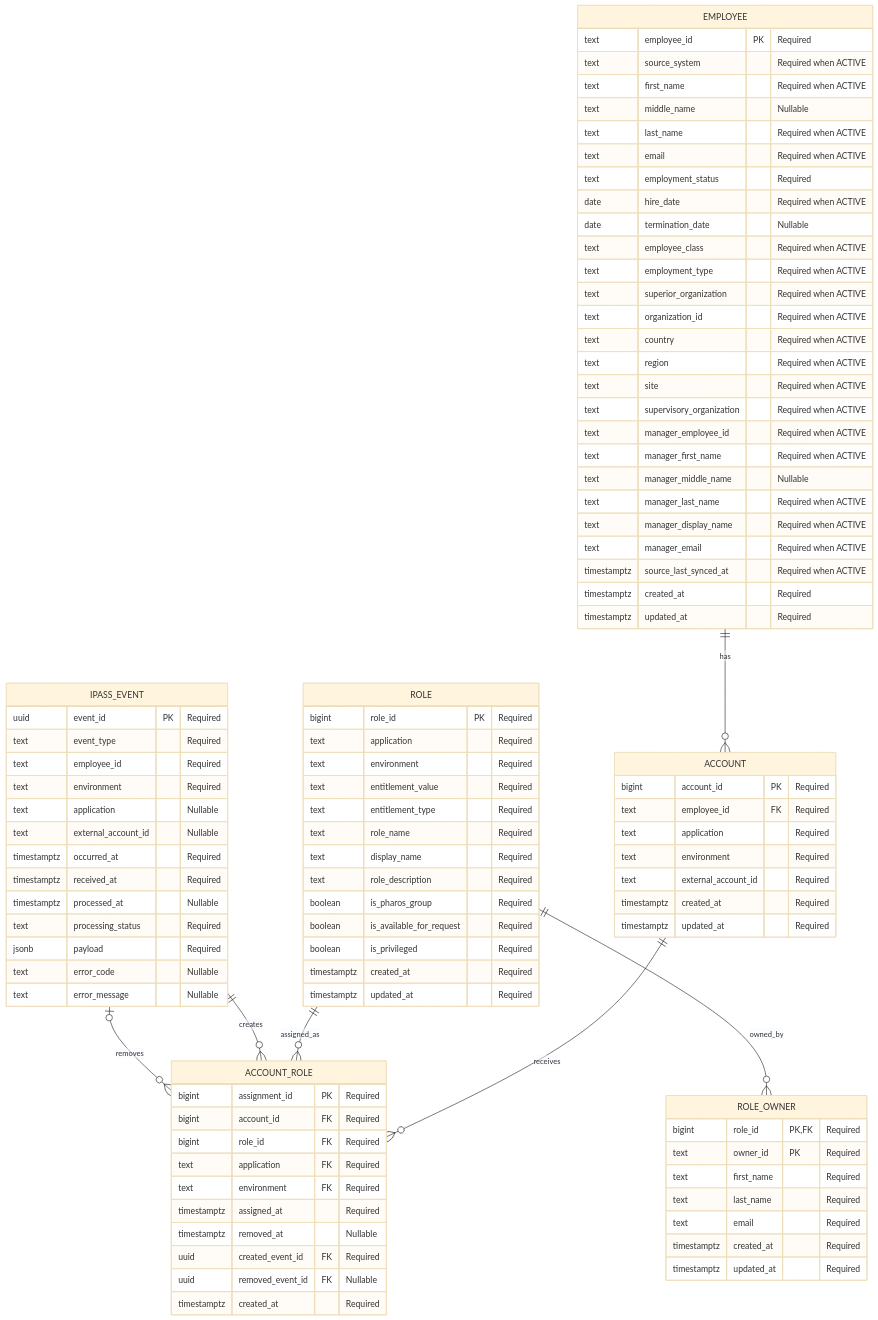
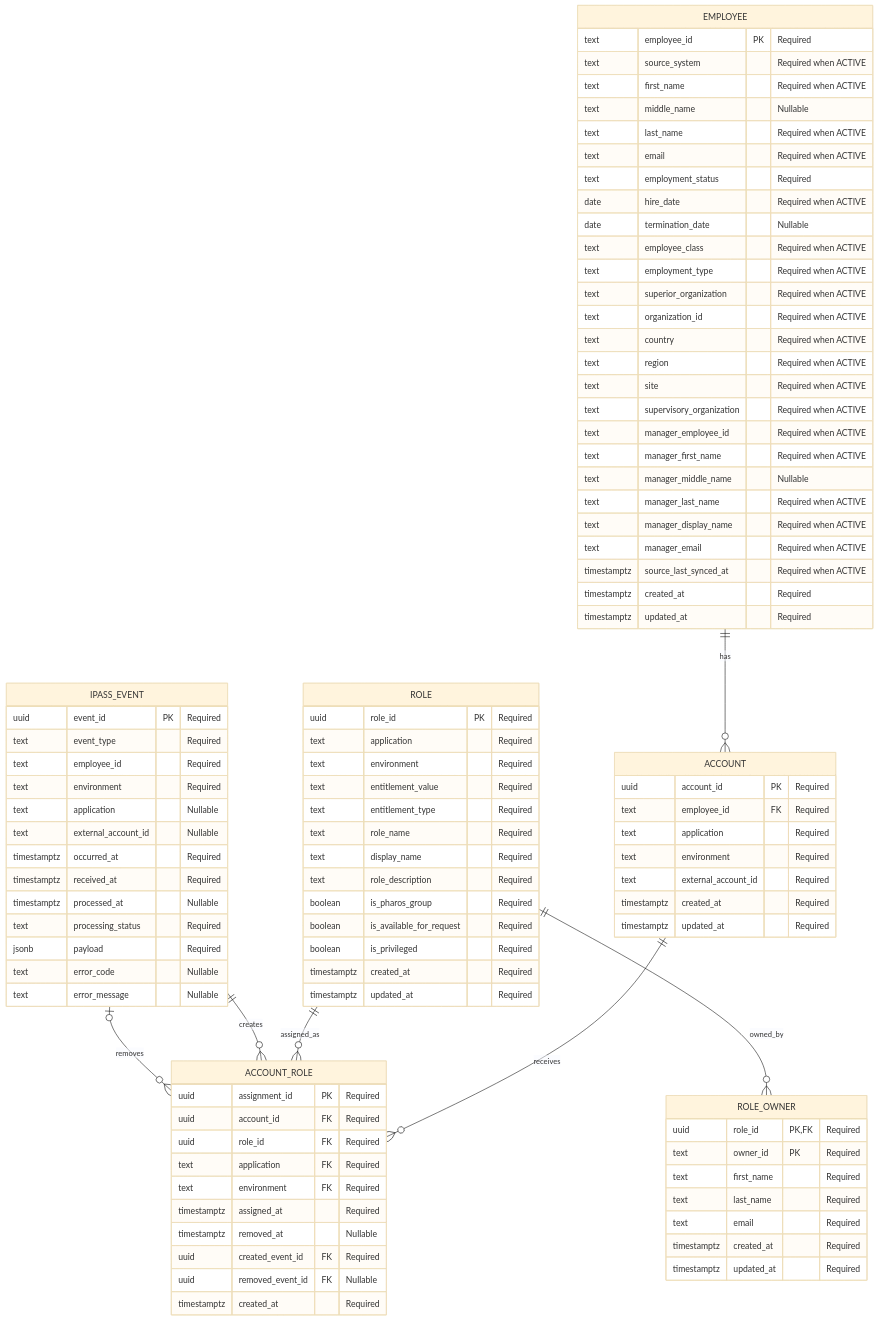
Before and after one commit to bvm-arjun108/user-access-management: the diagram in docs/pharos-ingestion-full-erd.mmd, drawn with Mermaid (base theme). The commit also changed 21 other files, not shown here.

```diff
--- a/docs/pharos-ingestion-full-erd.mmd
+++ b/docs/pharos-ingestion-full-erd.mmd
@@ -1,101 +1,101 @@
 erDiagram
     EMPLOYEE ||--o{ ACCOUNT : has
     ACCOUNT ||--o{ ACCOUNT_ROLE : receives
     ROLE ||--o{ ACCOUNT_ROLE : assigned_as
     ROLE ||--o{ ROLE_OWNER : owned_by
     IPASS_EVENT ||--o{ ACCOUNT_ROLE : creates
     IPASS_EVENT o|--o{ ACCOUNT_ROLE : removes
 
     EMPLOYEE {
         text employee_id PK "Required"
         text source_system "Required when ACTIVE"
         text first_name "Required when ACTIVE"
         text middle_name "Nullable"
         text last_name "Required when ACTIVE"
         text email "Required when ACTIVE"
         text employment_status "Required"
         date hire_date "Required when ACTIVE"
         date termination_date "Nullable"
         text employee_class "Required when ACTIVE"
         text employment_type "Required when ACTIVE"
         text superior_organization "Required when ACTIVE"
         text organization_id "Required when ACTIVE"
         text country "Required when ACTIVE"
         text region "Required when ACTIVE"
         text site "Required when ACTIVE"
         text supervisory_organization "Required when ACTIVE"
         text manager_employee_id "Required when ACTIVE"
         text manager_first_name "Required when ACTIVE"
         text manager_middle_name "Nullable"
         text manager_last_name "Required when ACTIVE"
         text manager_display_name "Required when ACTIVE"
         text manager_email "Required when ACTIVE"
         timestamptz source_last_synced_at "Required when ACTIVE"
         timestamptz created_at "Required"
         timestamptz updated_at "Required"
     }
 
     ACCOUNT {
-        bigint account_id PK "Required"
+        uuid account_id PK "Required"
         text employee_id FK "Required"
         text application "Required"
         text environment "Required"
         text external_account_id "Required"
         timestamptz created_at "Required"
         timestamptz updated_at "Required"
     }
 
     ROLE {
-        bigint role_id PK "Required"
+        uuid role_id PK "Required"
         text application "Required"
         text environment "Required"
         text entitlement_value "Required"
         text entitlement_type "Required"
         text role_name "Required"
         text display_name "Required"
         text role_description "Required"
         boolean is_pharos_group "Required"
         boolean is_available_for_request "Required"
         boolean is_privileged "Required"
         timestamptz created_at "Required"
         timestamptz updated_at "Required"
     }
 
     ROLE_OWNER {
-        bigint role_id PK,FK "Required"
+        uuid role_id PK,FK "Required"
         text owner_id PK "Required"
         text first_name "Required"
         text last_name "Required"
         text email "Required"
         timestamptz created_at "Required"
         timestamptz updated_at "Required"
     }
 
     IPASS_EVENT {
         uuid event_id PK "Required"
         text event_type "Required"
         text employee_id "Required"
         text environment "Required"
         text application "Nullable"
         text external_account_id "Nullable"
         timestamptz occurred_at "Required"
         timestamptz received_at "Required"
         timestamptz processed_at "Nullable"
         text processing_status "Required"
         jsonb payload "Required"
         text error_code "Nullable"
         text error_message "Nullable"
     }
 
     ACCOUNT_ROLE {
-        bigint assignment_id PK "Required"
-        bigint account_id FK "Required"
-        bigint role_id FK "Required"
+        uuid assignment_id PK "Required"
+        uuid account_id FK "Required"
+        uuid role_id FK "Required"
         text application FK "Required"
         text environment FK "Required"
         timestamptz assigned_at "Required"
         timestamptz removed_at "Nullable"
         uuid created_event_id FK "Required"
         uuid removed_event_id FK "Nullable"
         timestamptz created_at "Required"
     }
```
